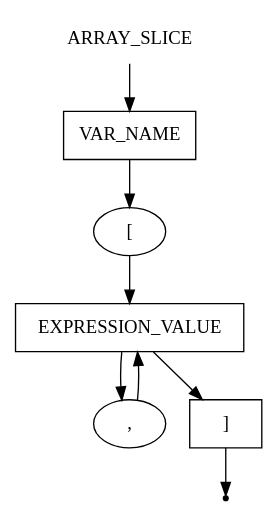
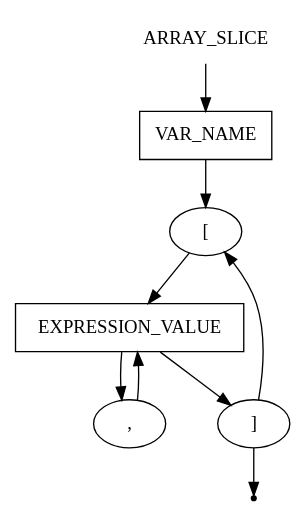
Before and after one commit to ayu-f/DSL_Pseudocode: the diagram in pseudocode/array_slice.gv, drawn with Graphviz. The commit also changed 15 other files, not shown here.

```diff
--- a/pseudocode/array_slice.gv
+++ b/pseudocode/array_slice.gv
@@ -1,17 +1,18 @@
 digraph ARRAY_SLICE {
     start [label=ARRAY_SLICE shape=plaintext]
-    var [label=VAR_NAME shape=box]
+    var_name [label=VAR_NAME shape=box]
     br_open [label="[" shape=oval]
     expression_value [label=EXPRESSION_VALUE shape=box]
     comma [label="," shape=oval]
-    br_close [label="]" shape=box]
+    br_close [label="]" shape=oval]
     end [label="" shape=point]
 
-    start -> var
-    var -> br_open
+    start -> var_name
+    var_name -> br_open
     br_open -> expression_value
     expression_value -> comma
     expression_value -> br_close
     comma -> expression_value
+    br_close -> br_open
     br_close -> end
 }
```
